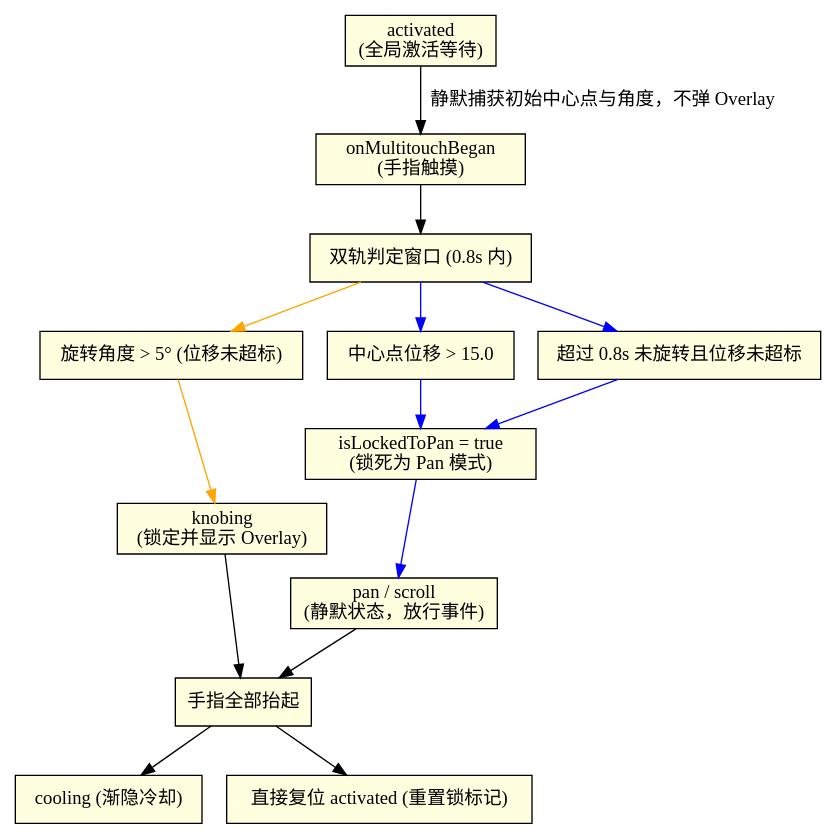
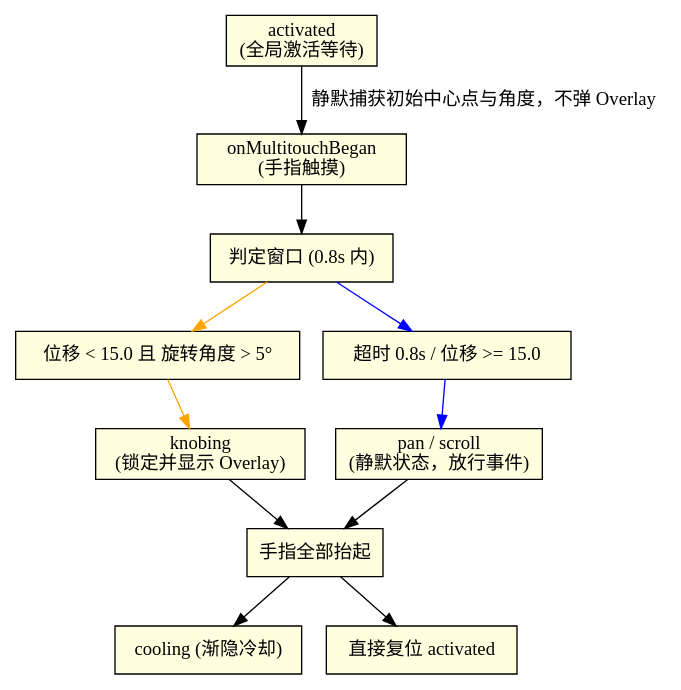
Before and after one commit to benwu232/PhantomKnob: the diagram in docs/superpowers/specs/2026-06-02-deferred-knob-gesture-activation-design.md, drawn with Graphviz. The commit also changed other lines of this file, not shown here.

````diff
--- a/docs/superpowers/specs/2026-06-02-deferred-knob-gesture-activation-design.md
+++ b/docs/superpowers/specs/2026-06-02-deferred-knob-gesture-activation-design.md
@@ -23,21 +26,16 @@
 ```dot
 digraph gesture_state {
     node [shape=box, style=filled, fillcolor=lightyellow];
     "activated\n(全局激活等待)" -> "onMultitouchBegan\n(手指触摸)" [label="静默捕获初始中心点与角度，不弹 Overlay"];
-    "onMultitouchBegan\n(手指触摸)" -> "双轨判定窗口 (0.8s 内)";
+    "onMultitouchBegan\n(手指触摸)" -> "判定窗口 (0.8s 内)";
     
-    "双轨判定窗口 (0.8s 内)" -> "旋转角度 > 5° (位移未超标)" [color=orange];
-    "旋转角度 > 5° (位移未超标)" -> "knobing\n(锁定并显示 Overlay)" [color=orange];
+    "判定窗口 (0.8s 内)" -> "位移 < 15.0 且 旋转角度 > 5°" [color=orange];
+    "位移 < 15.0 且 旋转角度 > 5°" -> "knobing\n(锁定并显示 Overlay)" [color=orange];
     
-    "双轨判定窗口 (0.8s 内)" -> "中心点位移 > 15.0" [color=blue];
-    "中心点位移 > 15.0" -> "isLockedToPan = true\n(锁死为 Pan 模式)" [color=blue];
-    
-    "双轨判定窗口 (0.8s 内)" -> "超过 0.8s 未旋转且位移未超标" [color=blue];
-    "超过 0.8s 未旋转且位移未超标" -> "isLockedToPan = true\n(锁死为 Pan 模式)" [color=blue];
-
-    "isLockedToPan = true\n(锁死为 Pan 模式)" -> "pan / scroll\n(静默状态，放行事件)" [color=blue];
+    "判定窗口 (0.8s 内)" -> "超时 0.8s / 位移 >= 15.0" [color=blue];
+    "超时 0.8s / 位移 >= 15.0" -> "pan / scroll\n(静默状态，放行事件)" [color=blue];
     
     "knobing\n(锁定并显示 Overlay)" -> "手指全部抬起" -> "cooling (渐隐冷却)";
-    "pan / scroll\n(静默状态，放行事件)" -> "手指全部抬起" -> "直接复位 activated (重置锁标记)";
+    "pan / scroll\n(静默状态，放行事件)" -> "手指全部抬起" -> "直接复位 activated";
 }
 ```
````
